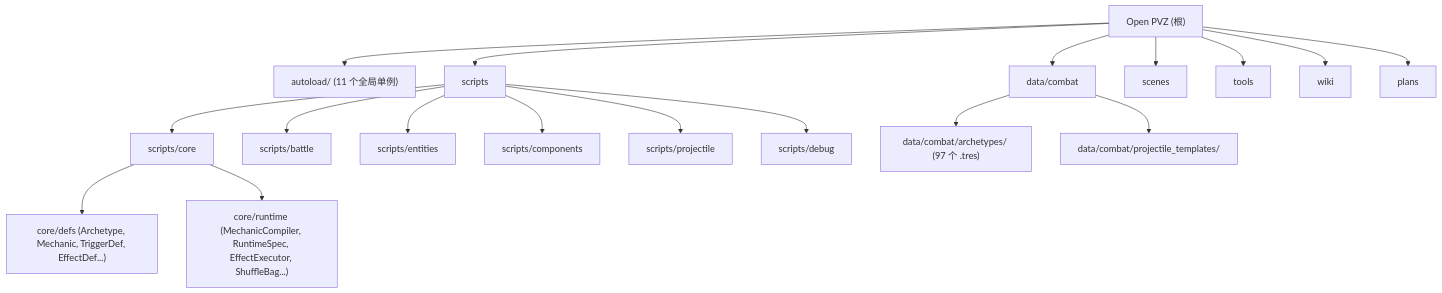
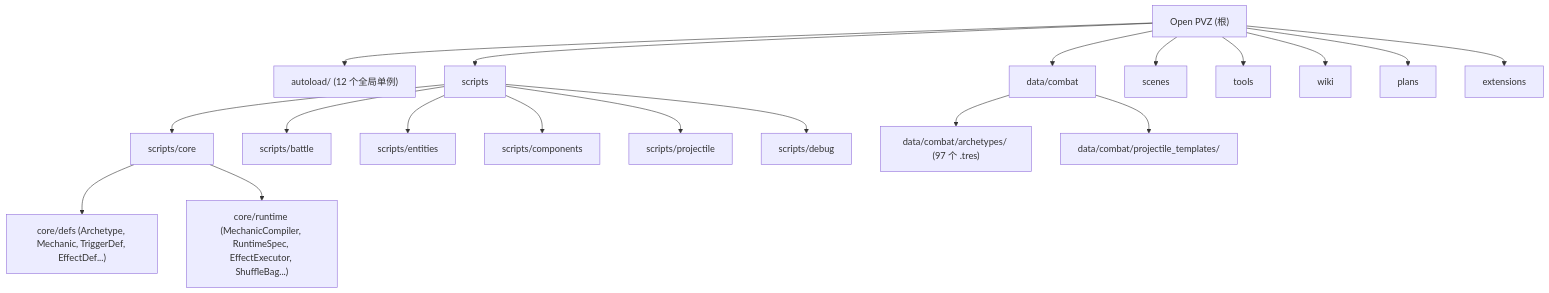
The diagram in AGENTS.md (Abgetrennter/open_pvz), drawn with Mermaid before and after one commit. The commit also changed other lines of this file and 6 other files, not shown here.

````diff
--- a/AGENTS.md
+++ b/AGENTS.md
@@ -73,31 +75,32 @@
 ```mermaid
 graph TD
-    Root["Open PVZ (根)"] --> Autoload["autoload/ (11 个全局单例)"]
+    Root["Open PVZ (根)"] --> Autoload["autoload/ (12 个全局单例)"]
     Root --> Scripts["scripts"]
     Root --> Data["data/combat"]
     Root --> Scenes["scenes"]
     Root --> Tools["tools"]
     Root --> Wiki["wiki"]
     Root --> Plans["plans"]
+    Root --> Extensions["extensions"]
 
     Scripts --> Core["scripts/core"]
     Scripts --> Battle["scripts/battle"]
     Scripts --> Entities["scripts/entities"]
     Scripts --> Components["scripts/components"]
     Scripts --> Projectile["scripts/projectile"]
     Scripts --> Debug["scripts/debug"]
 
     Core --> CoreDefs["core/defs (Archetype, Mechanic, TriggerDef, EffectDef...)"]
     Core --> CoreRuntime["core/runtime (MechanicCompiler, RuntimeSpec, EffectExecutor, ShuffleBag...)"]
 
     Data --> Archetypes["data/combat/archetypes/ (97 个 .tres)"]
     Data --> Projectiles["data/combat/projectile_templates/"]
 
     click Autoload "./autoload/AGENTS.md" "查看 autoload 模块文档"
     click Core "./scripts/core/AGENTS.md" "查看 core 模块文档"
     click Battle "./scripts/battle/AGENTS.md" "查看 battle 模块文档"
     click Entities "./scripts/entities/AGENTS.md" "查看 entities 模块文档"
     click Components "./scripts/components/AGENTS.md" "查看 components 模块文档"
     click Projectile "./scripts/projectile/AGENTS.md" "查看 projectile 模块文档"
     click Data "./data/combat/AGENTS.md" "查看 data/combat 模块文档"
 ```
````
